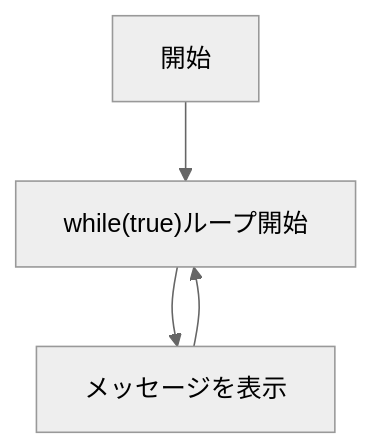
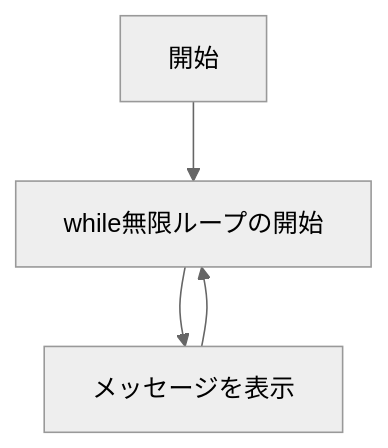
The second of 2 diagrams in chapter04/InfiniteLoopWhile-README.md (kanjiz/java-training-design-docs), drawn with Mermaid (neutral theme) before and after one commit. The commit also changed other lines of this file and 1 other file, not shown here.

````diff
--- a/chapter04/InfiniteLoopWhile-README.md
+++ b/chapter04/InfiniteLoopWhile-README.md
@@ -51,6 +38,6 @@
 ```mermaid
 flowchart TD
-    A[開始] --> B["while(true)ループ開始"]
+    A[開始] --> B[while無限ループの開始]
     B --> C[メッセージを表示]
     C --> B
 ```
````
